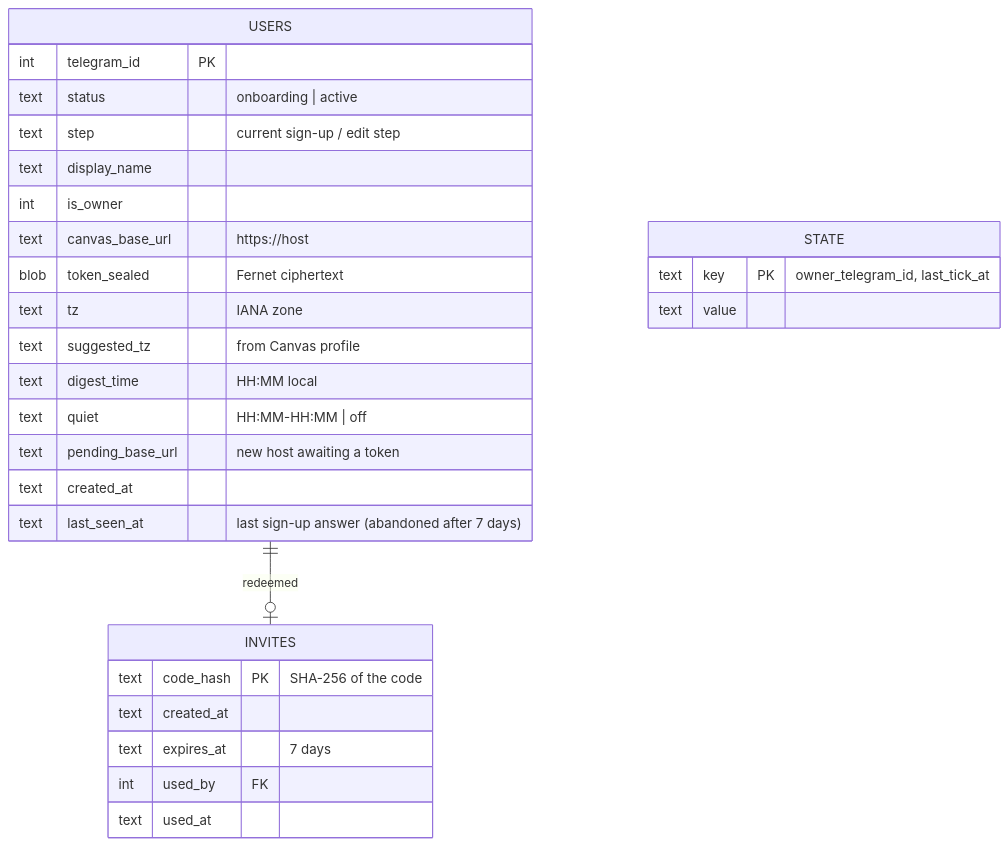
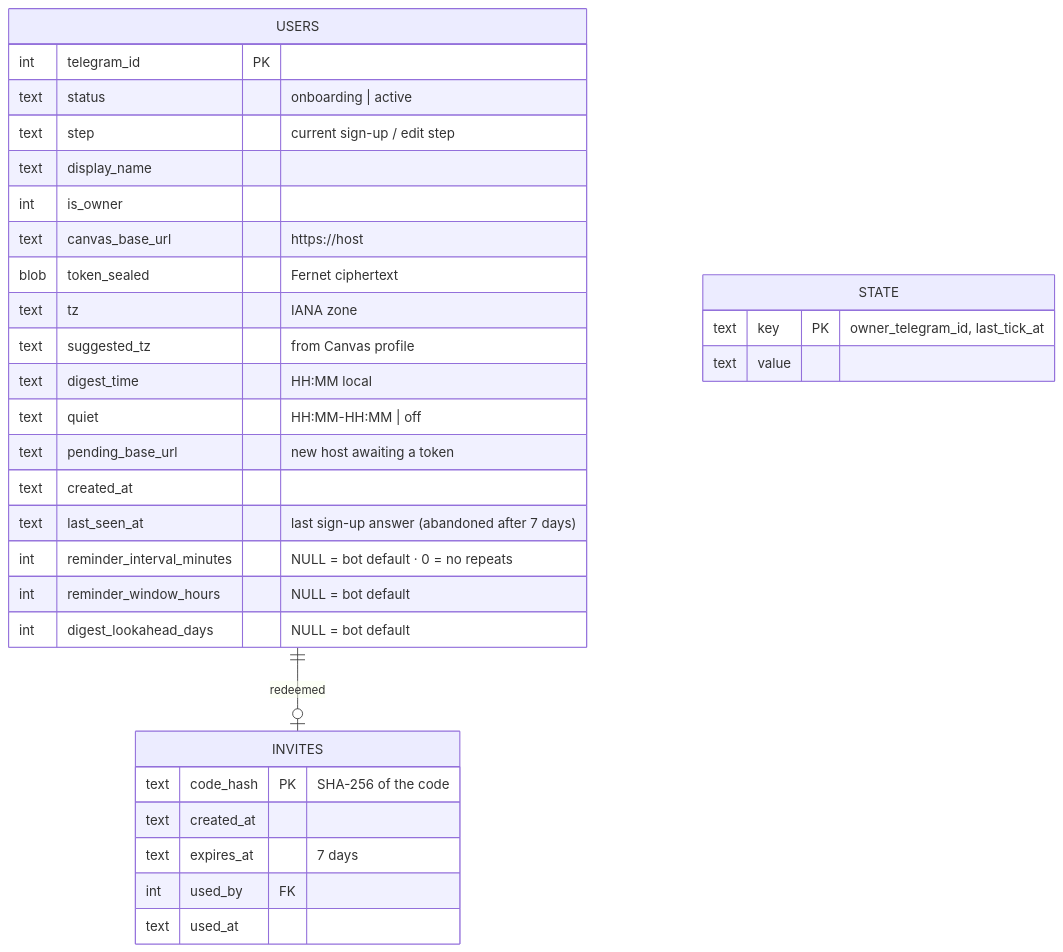
One commit to rmaytr/CanvasAssignmentTrackingBot changed the seventh of 8 diagrams in docs/architecture.md. Above: the diagram before and after it, drawn with Mermaid. The commit also changed other lines of this file and 6 other files, not shown here.

First line of the commit message:
docs: per-user reminder rhythm in guides, architecture and README

````diff
--- a/docs/architecture.md
+++ b/docs/architecture.md
@@ -221,31 +223,34 @@
 ```mermaid
 erDiagram
     USERS {
         int telegram_id PK
         text status "onboarding | active"
         text step "current sign-up / edit step"
         text display_name
         int is_owner
         text canvas_base_url "https://host"
         blob token_sealed "Fernet ciphertext"
         text tz "IANA zone"
         text suggested_tz "from Canvas profile"
         text digest_time "HH:MM local"
         text quiet "HH:MM-HH:MM | off"
         text pending_base_url "new host awaiting a token"
         text created_at
         text last_seen_at "last sign-up answer (abandoned after 7 days)"
+        int reminder_interval_minutes "NULL = bot default · 0 = no repeats"
+        int reminder_window_hours "NULL = bot default"
+        int digest_lookahead_days "NULL = bot default"
     }
     INVITES {
         text code_hash PK "SHA-256 of the code"
         text created_at
         text expires_at "7 days"
         int used_by FK
         text used_at
     }
     STATE {
         text key PK "owner_telegram_id, last_tick_at"
         text value
     }
     USERS ||--o| INVITES : "redeemed"
 ```
````
